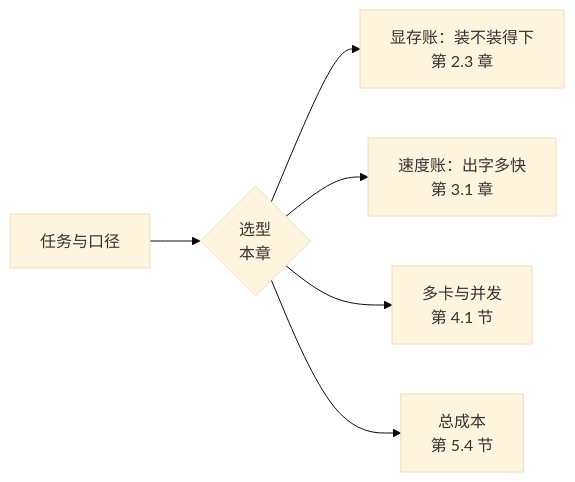
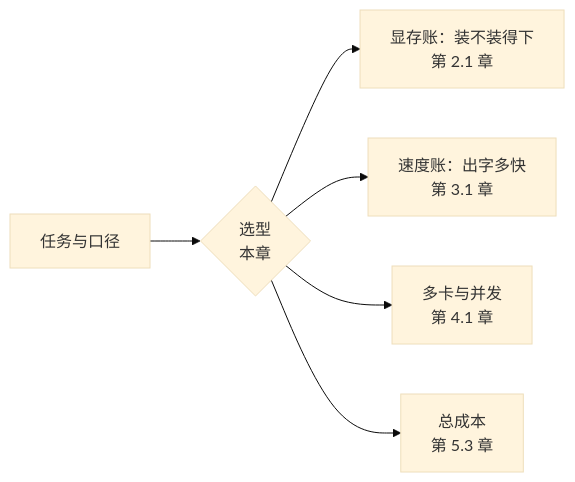
Before and after one commit to Bahtya/llm-learning: the diagram in content-v2/part1/1-5.md, drawn with Mermaid (base theme). The commit also changed other lines of this file and 39 other files, not shown here.

````diff
--- a/content-v2/part1/1-5.md
+++ b/content-v2/part1/1-5.md
@@ -15,8 +15,8 @@
 ```mermaid
 graph LR
     A[任务与口径] --> B{选型<br/>本章}
-    B --> C[显存账：装不装得下<br/>第 2.3 章]
+    B --> C[显存账：装不装得下<br/>第 2.1 章]
     B --> D[速度账：出字多快<br/>第 3.1 章]
-    B --> E[多卡与并发<br/>第 4.1 节]
-    B --> F[总成本<br/>第 5.4 节]
+    B --> E[多卡与并发<br/>第 4.1 章]
+    B --> F[总成本<br/>第 5.3 章]
 ```
````
